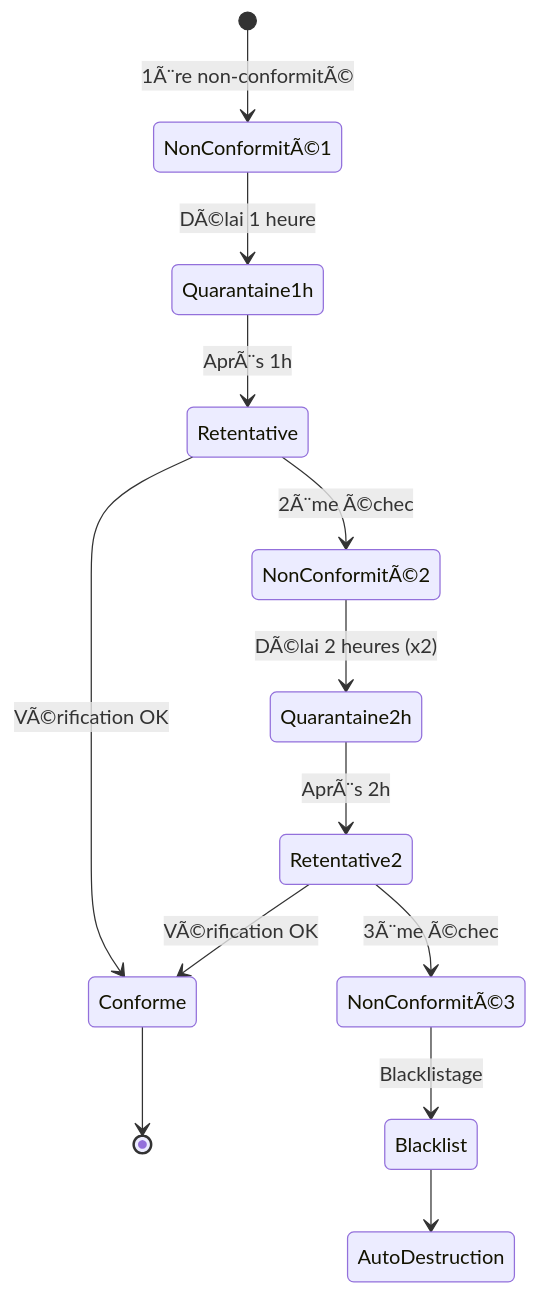
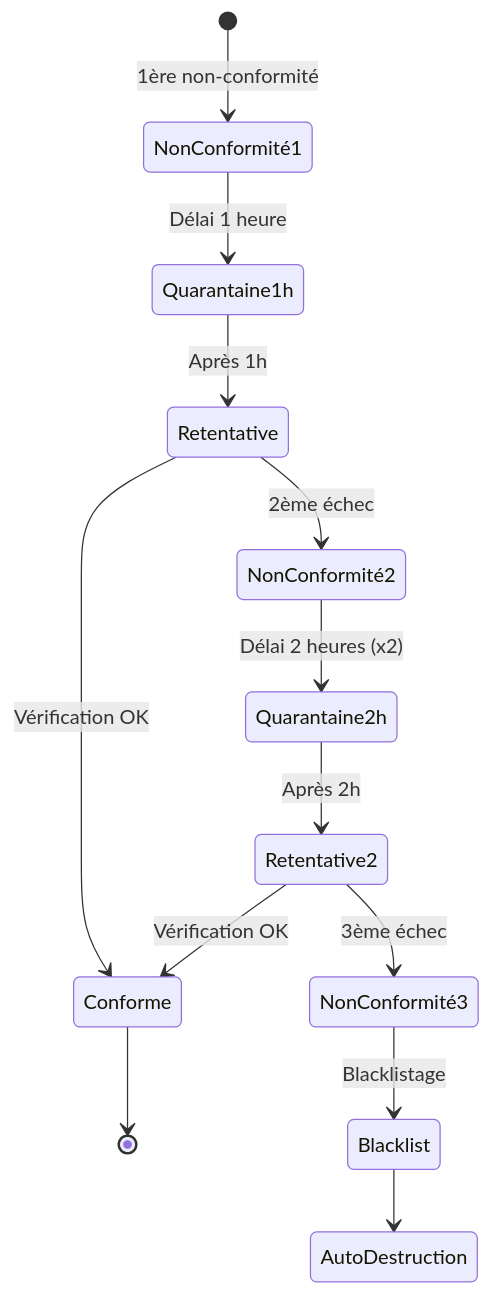
The first of 5 diagrams in docs/miyukini-webway-system/securite/MWS - Quarantaine et Blacklist.md (StudioMiyukini/miyukini_cog), drawn with Mermaid before and after one commit. The commit also changed other lines of this file and 564 other files, not shown here.

````diff
--- a/docs/miyukini-webway-system/securite/MWS - Quarantaine et Blacklist.md
+++ b/docs/miyukini-webway-system/securite/MWS - Quarantaine et Blacklist.md
@@ -42,15 +42,15 @@
 ```mermaid
 stateDiagram-v2
-    [*] --> NonConformitÃ©1: 1Ã¨re non-conformitÃ©
-    NonConformitÃ©1 --> Quarantaine1h: DÃ©lai 1 heure
-    Quarantaine1h --> Retentative: AprÃ¨s 1h
-    Retentative --> Conforme: VÃ©rification OK
-    Retentative --> NonConformitÃ©2: 2Ã¨me Ã©chec
-    NonConformitÃ©2 --> Quarantaine2h: DÃ©lai 2 heures (x2)
-    Quarantaine2h --> Retentative2: AprÃ¨s 2h
-    Retentative2 --> Conforme: VÃ©rification OK
-    Retentative2 --> NonConformitÃ©3: 3Ã¨me Ã©chec
-    NonConformitÃ©3 --> Blacklist: Blacklistage
+    [*] --> NonConformité1: 1ère non-conformité
+    NonConformité1 --> Quarantaine1h: Délai 1 heure
+    Quarantaine1h --> Retentative: Après 1h
+    Retentative --> Conforme: Vérification OK
+    Retentative --> NonConformité2: 2ème échec
+    NonConformité2 --> Quarantaine2h: Délai 2 heures (x2)
+    Quarantaine2h --> Retentative2: Après 2h
+    Retentative2 --> Conforme: Vérification OK
+    Retentative2 --> NonConformité3: 3ème échec
+    NonConformité3 --> Blacklist: Blacklistage
     Conforme --> [*]
     Blacklist --> AutoDestruction
 ```
````
